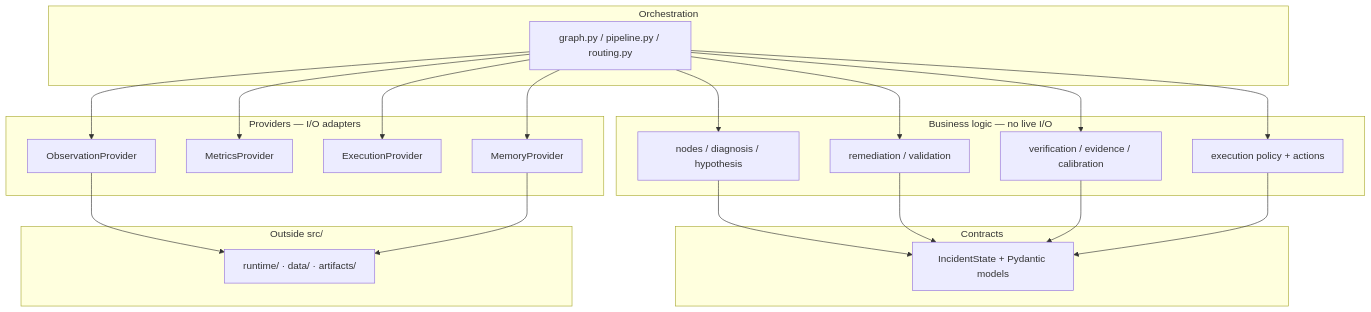
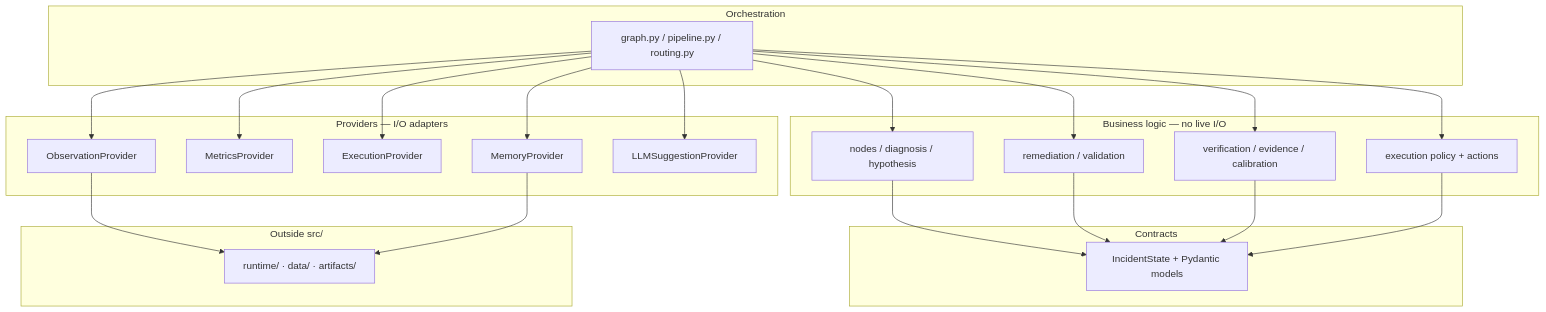
One commit to devAryagupta/autonomous-incident-response-agent changed the first of 2 diagrams in README.md. Above: the diagram before and after it, drawn with Mermaid. The commit also changed other lines of this file and 125 other files, not shown here.

````diff
--- a/README.md
+++ b/README.md
@@ -81,43 +87,45 @@
 ```mermaid
 flowchart TB
   subgraph orchestration ["Orchestration"]
     G[graph.py / pipeline.py / routing.py]
   end
 
   subgraph business ["Business logic — no live I/O"]
     N[nodes / diagnosis / hypothesis]
     R[remediation / validation]
     V[verification / evidence / calibration]
     E[execution policy + actions]
   end
 
   subgraph contracts ["Contracts"]
     C[IncidentState + Pydantic models]
   end
 
   subgraph providers ["Providers — I/O adapters"]
     O[ObservationProvider]
     M[MetricsProvider]
     X[ExecutionProvider]
     Mem[MemoryProvider]
+    LLM[LLMSuggestionProvider]
   end
 
   subgraph outside ["Outside src/"]
     RT[runtime/ · data/ · artifacts/]
   end
 
   G --> N
   G --> R
   G --> V
   G --> E
   N --> C
   R --> C
   V --> C
   E --> C
   G --> O
   G --> M
   G --> X
   G --> Mem
+  G --> LLM
   O --> RT
   Mem --> RT
 ```
````
